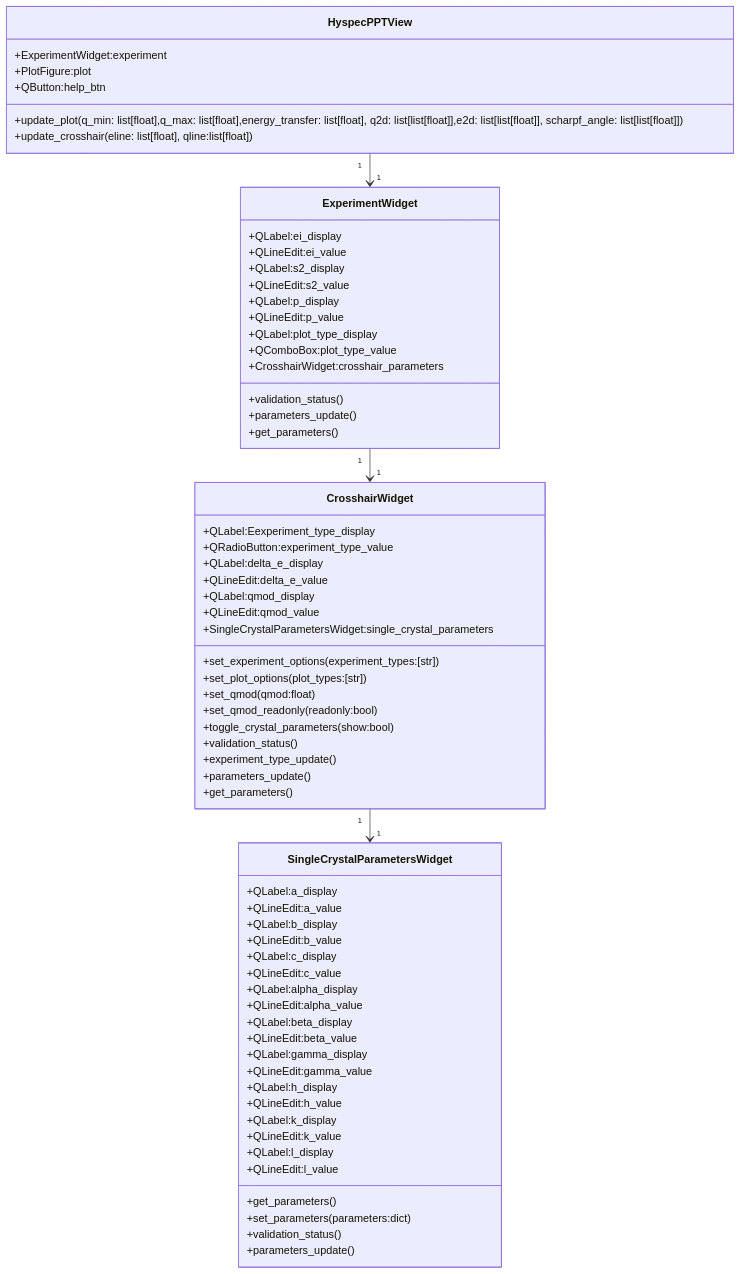
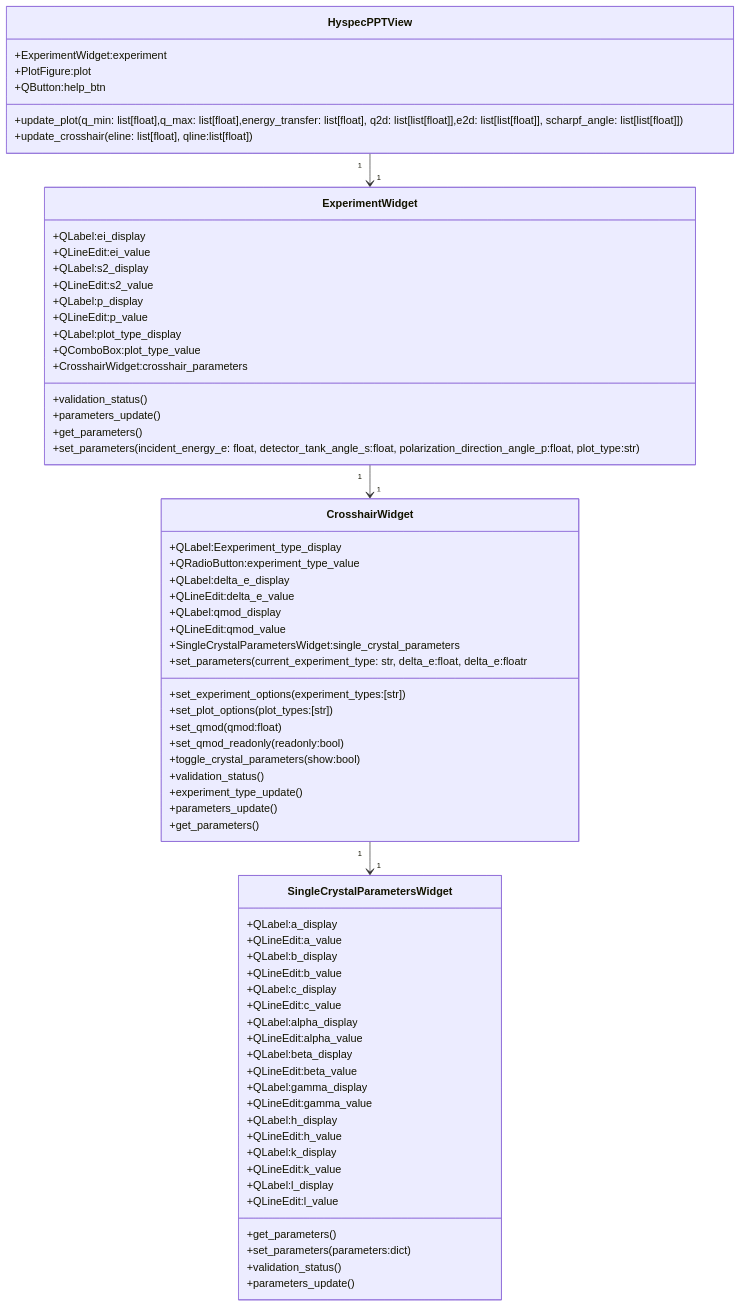
Before and after one commit to neutrons/hyspecppt: the second of 14 diagrams in docs/source/design/hyspecpptclasses.rst, drawn with Mermaid. The commit also changed other lines of this file, not shown here.

```diff
--- a/docs/source/design/hyspecpptclasses.rst
+++ b/docs/source/design/hyspecpptclasses.rst
@@ -261,77 +261,78 @@
 .. mermaid::
 
  classDiagram
     HyspecPPTView "1" -->"1" ExperimentWidget
     ExperimentWidget "1" -->"1" CrosshairWidget
     CrosshairWidget "1" -->"1" SingleCrystalParametersWidget
 
     class HyspecPPTView{
         +ExperimentWidget:experiment
         +PlotFigure:plot
         +QButton:help_btn
         +update_plot(q_min: list[float],q_max: list[float],energy_transfer: list[float], q2d: list[list[float]],e2d: list[list[float]], scharpf_angle: list[list[float]])
         +update_crosshair(eline: list[float], qline:list[float])
 
     }
 
     class ExperimentWidget{
         +QLabel:ei_display
         +QLineEdit:ei_value
         +QLabel:s2_display
         +QLineEdit:s2_value
         +QLabel:p_display
         +QLineEdit:p_value
         +QLabel:plot_type_display
         +QComboBox:plot_type_value
         +CrosshairWidget:crosshair_parameters
         +validation_status()
         +parameters_update()
         +get_parameters()
+        +set_parameters(incident_energy_e: float, detector_tank_angle_s:float, polarization_direction_angle_p:float, plot_type:str)
 
     }
 
     class CrosshairWidget{
         +QLabel:Eexperiment_type_display
         +QRadioButton:experiment_type_value
         +QLabel:delta_e_display
         +QLineEdit:delta_e_value
         +QLabel:qmod_display
         +QLineEdit:qmod_value
         +SingleCrystalParametersWidget:single_crystal_parameters
         +set_experiment_options(experiment_types:[str])
         +set_plot_options(plot_types:[str])
         +set_qmod(qmod:float)
         +set_qmod_readonly(readonly:bool)
         +toggle_crystal_parameters(show:bool)
         +validation_status()
         +experiment_type_update()
         +parameters_update()
         +get_parameters()
-
+        +set_parameters(current_experiment_type: str, delta_e:float, delta_e:floatr
     }
 
     class SingleCrystalParametersWidget{
         +QLabel:a_display
         +QLineEdit:a_value
         +QLabel:b_display
         +QLineEdit:b_value
         +QLabel:c_display
         +QLineEdit:c_value
         +QLabel:alpha_display
         +QLineEdit:alpha_value
         +QLabel:beta_display
         +QLineEdit:beta_value
         +QLabel:gamma_display
         +QLineEdit:gamma_value
         +QLabel:h_display
         +QLineEdit:h_value
         +QLabel:k_display
         +QLineEdit:k_value
         +QLabel:l_display
         +QLineEdit:l_value
         +get_parameters()
         +set_parameters(parameters:dict)
         +validation_status()
         +parameters_update()
 
     }
```
